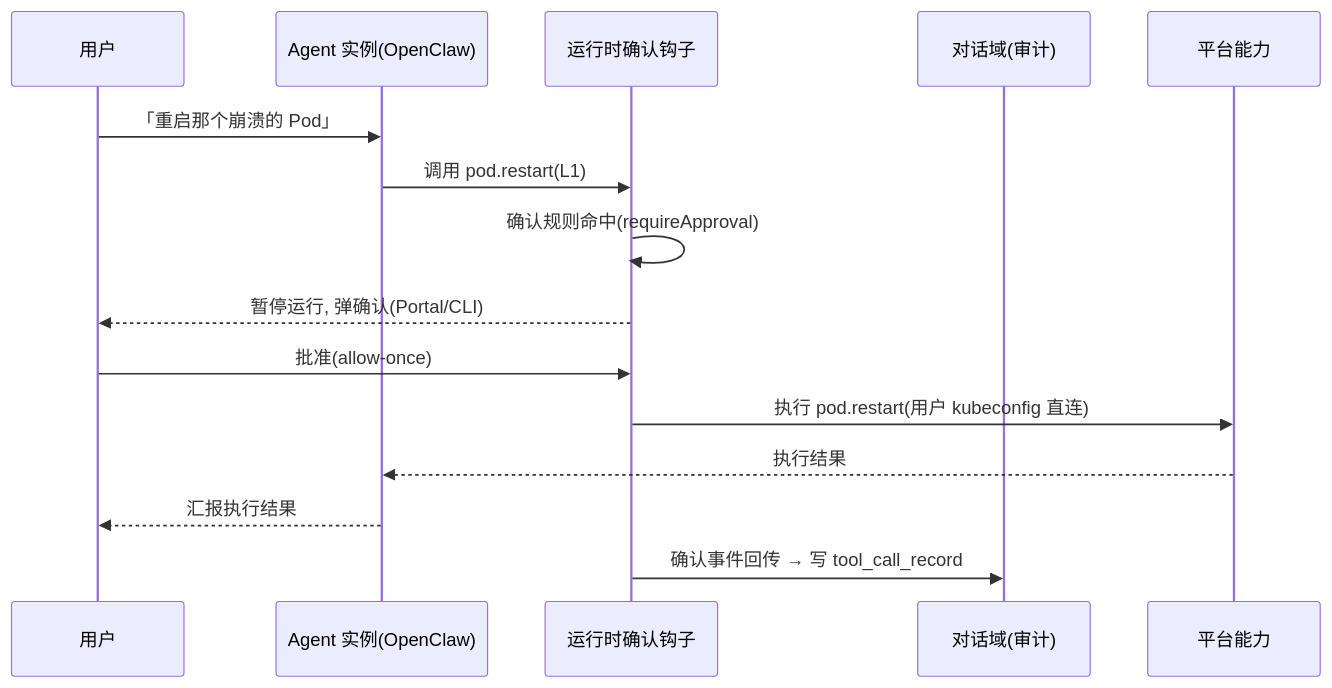
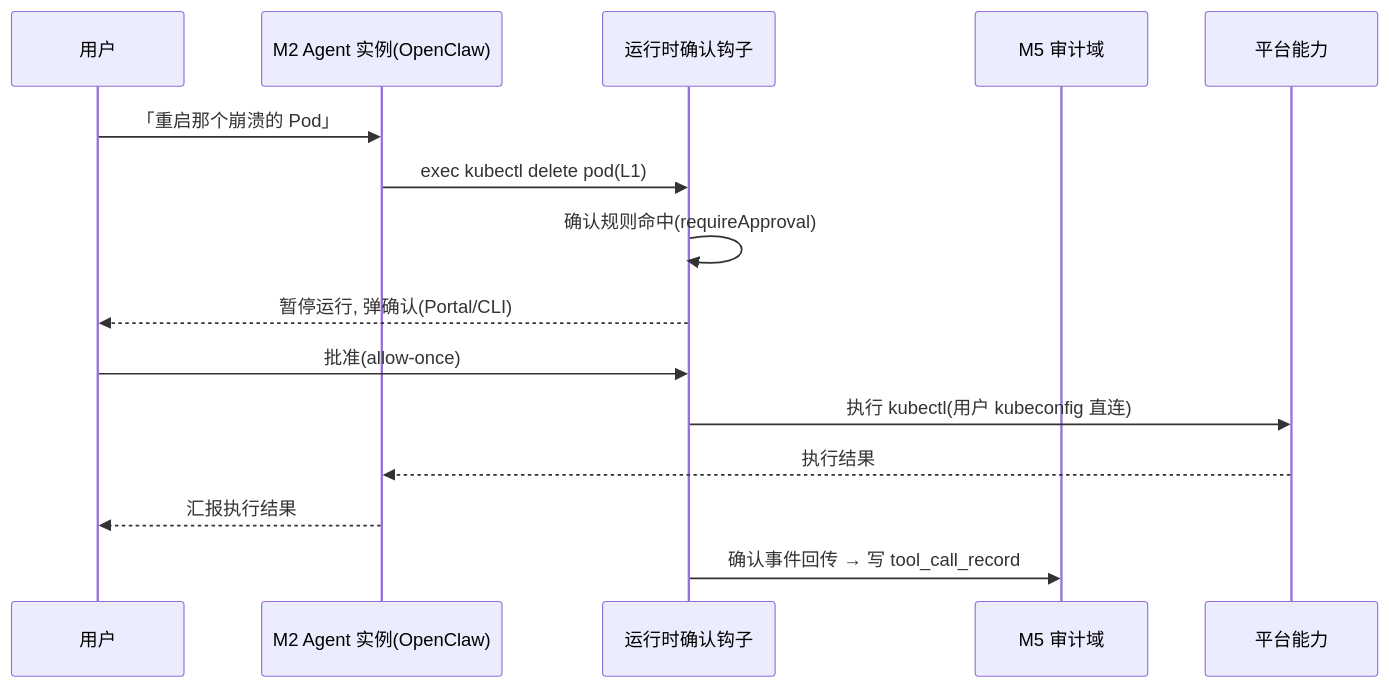
One commit to suanova/cubepilot changed the third of 4 diagrams in docs/CubeStack-平台智能助手-CubePilot-模块设计文档.md. Above: the diagram before and after it, drawn with Mermaid. The commit also changed other lines of this file and 3 other files, not shown here.

````diff
--- a/docs/CubeStack-平台智能助手-CubePilot-模块设计文档.md
+++ b/docs/CubeStack-平台智能助手-CubePilot-模块设计文档.md
@@ -379,18 +396,18 @@
 ```mermaid
 sequenceDiagram
     participant U as 用户
-    participant AG as Agent 实例(OpenClaw)
+    participant AG as M2 Agent 实例(OpenClaw)
     participant RT as 运行时确认钩子
-    participant M1 as 对话域(审计)
+    participant M5 as M5 审计域
     participant K8s as 平台能力
 
     U->>AG: 「重启那个崩溃的 Pod」
-    AG->>RT: 调用 pod.restart(L1)
+    AG->>RT: exec kubectl delete pod(L1)
     RT->>RT: 确认规则命中(requireApproval)
     RT-->>U: 暂停运行, 弹确认(Portal/CLI)
     U->>RT: 批准(allow-once)
-    RT->>K8s: 执行 pod.restart(用户 kubeconfig 直连)
+    RT->>K8s: 执行 kubectl(用户 kubeconfig 直连)
     K8s-->>AG: 执行结果
     AG-->>U: 汇报执行结果
-    RT->>M1: 确认事件回传 → 写 tool_call_record
+    RT->>M5: 确认事件回传 → 写 tool_call_record
 ```
````
